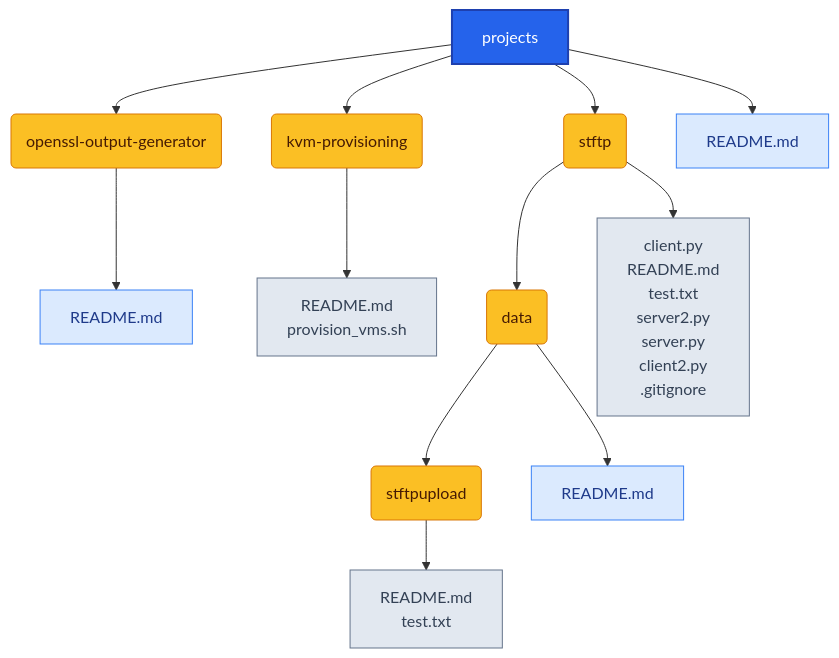
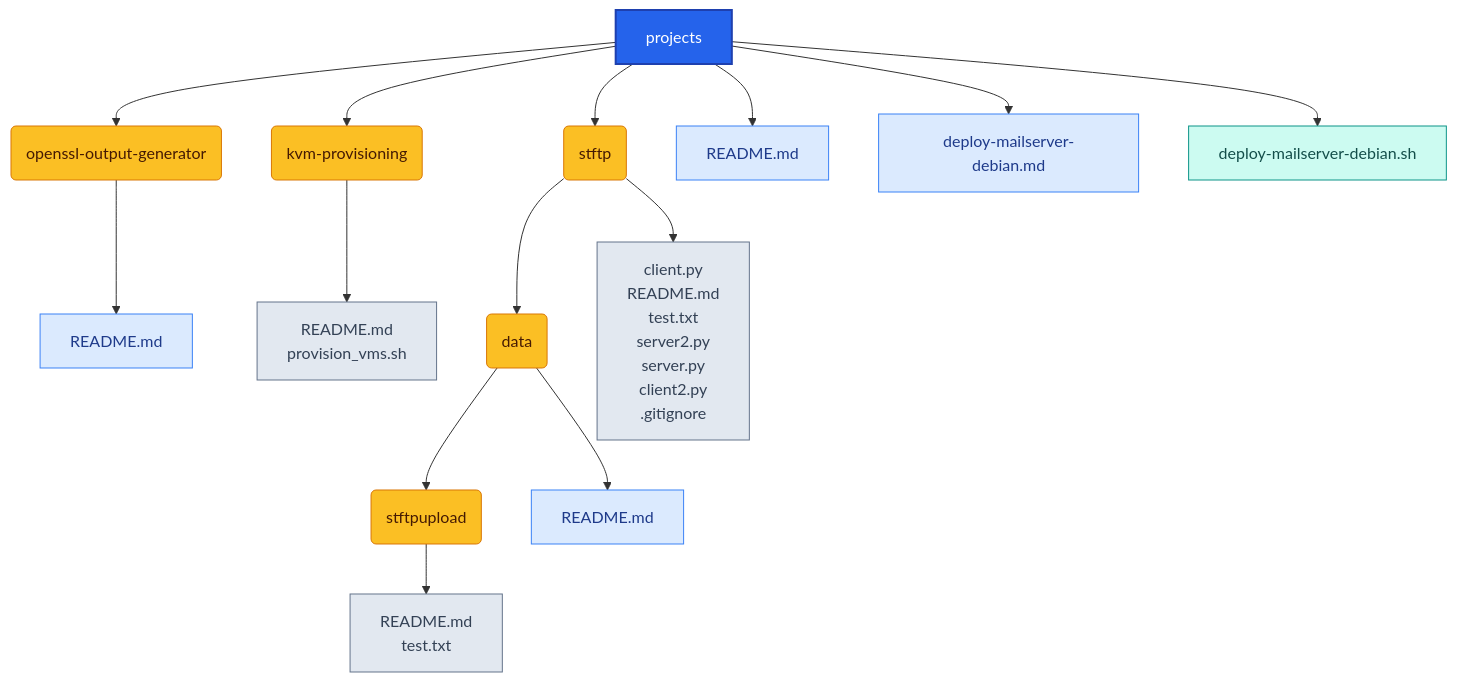
The diagram in projects/README.md (Richie086/scripts-public), drawn with Mermaid before and after one commit. The commit also changed 13 other files, not shown here.

````diff
--- a/projects/README.md
+++ b/projects/README.md
@@ -11,18 +11,21 @@
 ```mermaid
 graph TD
 	root["projects"]:::root --> n1("openssl-output-generator"):::folder
 	root["projects"]:::root --> n2("kvm-provisioning"):::folder
 	root["projects"]:::root --> n3("stftp"):::folder
 	root["projects"]:::root --> n4["README.md"]:::file-md
+	root["projects"]:::root --> n5["deploy-mailserver-debian.md"]:::file-md
+	root["projects"]:::root --> n6["deploy-mailserver-debian.sh"]:::file-sh
 	n1 --> n1_1["README.md"]:::file-md
 	n3 --> n3_1("data"):::folder
 	n2 --> n2_2["README.md<br>provision_vms.sh"]:::file-bundle
 	n3 --> n3_8["client.py<br>README.md<br>test.txt<br>server2.py<br>server.py<br>client2.py<br>.gitignore"]:::file-bundle
 	n3_1 --> n3_1_1("stftpupload"):::folder
 	n3_1 --> n3_1_2["README.md"]:::file-md
 	n3_1_1 --> n3_1_1_2["README.md<br>test.txt"]:::file-bundle
 classDef root fill:#2563eb,stroke:#1e40af,stroke-width:2px,color:#ffffff;
 classDef folder fill:#fbbf24,stroke:#d97706,stroke-width:1px,color:#451a03;
 classDef file-bundle fill:#e2e8f0,stroke:#64748b,stroke-width:1px,color:#334155;
 classDef file-md fill:#dbeafe,stroke:#3b82f6,stroke-width:1px,color:#1e3a8a;
+classDef file-sh fill:#ccfbf1,stroke:#0d9488,stroke-width:1px,color:#134e4a;
 ```
````
